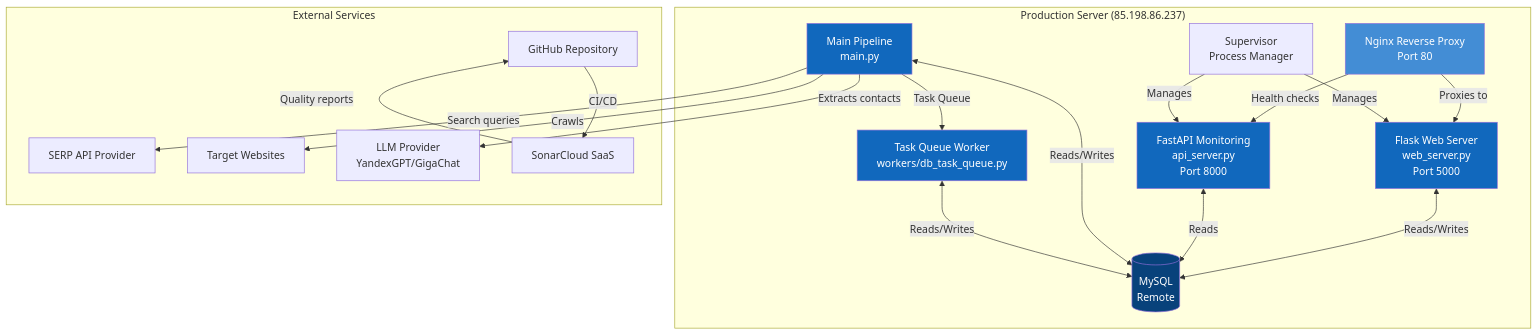
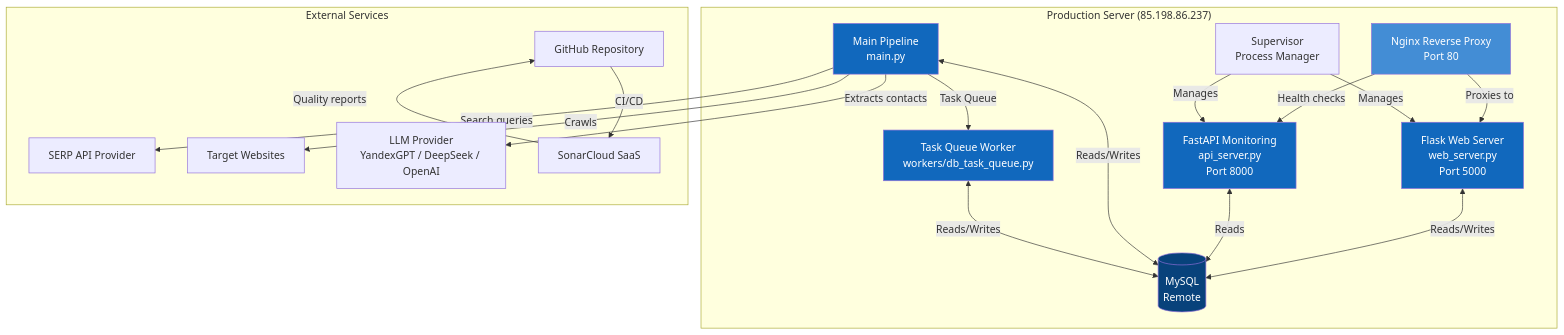
Before and after one commit to hauptmann1971/b2b-contact-miner: the second of 8 diagrams in doc/C4_ARCHITECTURE.md, drawn with Mermaid. The commit also changed other lines of this file and 11 other files, not shown here.

````diff
--- a/doc/C4_ARCHITECTURE.md
+++ b/doc/C4_ARCHITECTURE.md
@@ -34,38 +34,38 @@
 ```mermaid
 graph TB
     subgraph "Production Server (85.198.86.237)"
         Nginx[Nginx Reverse Proxy<br/>Port 80] -->|Proxies to| FlaskApp[Flask Web Server<br/>web_server.py<br/>Port 5000]
         Nginx -->|Health checks| FastAPI[FastAPI Monitoring<br/>api_server.py<br/>Port 8000]
         
         FlaskApp <-->|Reads/Writes| MySQL[(MySQL<br/>Remote)]
         FastAPI <-->|Reads| MySQL
         MainPipeline[Main Pipeline<br/>main.py] <-->|Reads/Writes| MySQL
         MainPipeline -->|Task Queue| TaskQueue[Task Queue Worker<br/>workers/db_task_queue.py]
         TaskQueue <-->|Reads/Writes| MySQL
         
         Supervisor[Supervisor<br/>Process Manager] -->|Manages| FlaskApp
         Supervisor -->|Manages| FastAPI
     end
     
     subgraph "External Services"
         SERP[SERP API Provider]
         Websites[Target Websites]
-        LLM[LLM Provider<br/>YandexGPT/GigaChat]
+        LLM[LLM Provider<br/>YandexGPT / DeepSeek / OpenAI]
         GitHub[GitHub Repository]
         SonarCloud[SonarCloud SaaS]
     end
     
     MainPipeline -->|Search queries| SERP
     MainPipeline -->|Crawls| Websites
     MainPipeline -->|Extracts contacts| LLM
     
     GitHub -->|CI/CD| SonarCloud
     SonarCloud -->|Quality reports| GitHub
     
     style FlaskApp fill:#1168bd,color:#fff
     style FastAPI fill:#1168bd,color:#fff
     style MainPipeline fill:#1168bd,color:#fff
     style TaskQueue fill:#1168bd,color:#fff
     style MySQL fill:#08427b,color:#fff
     style Nginx fill:#438dd5,color:#fff
 ```
````
